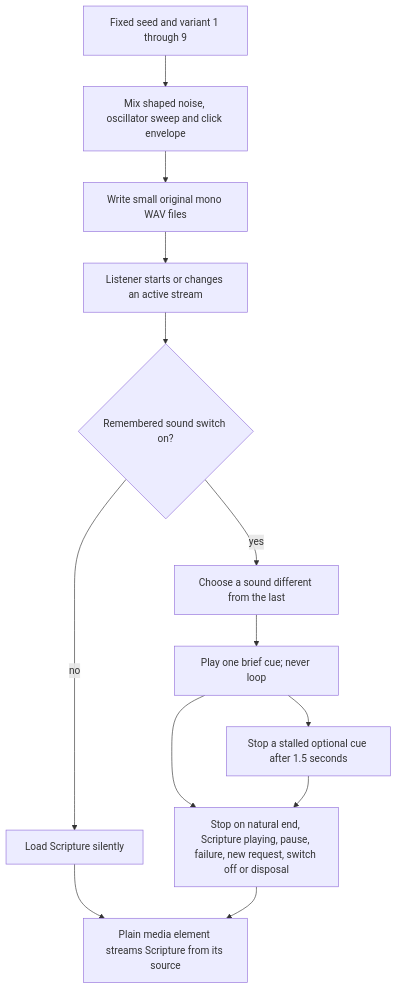
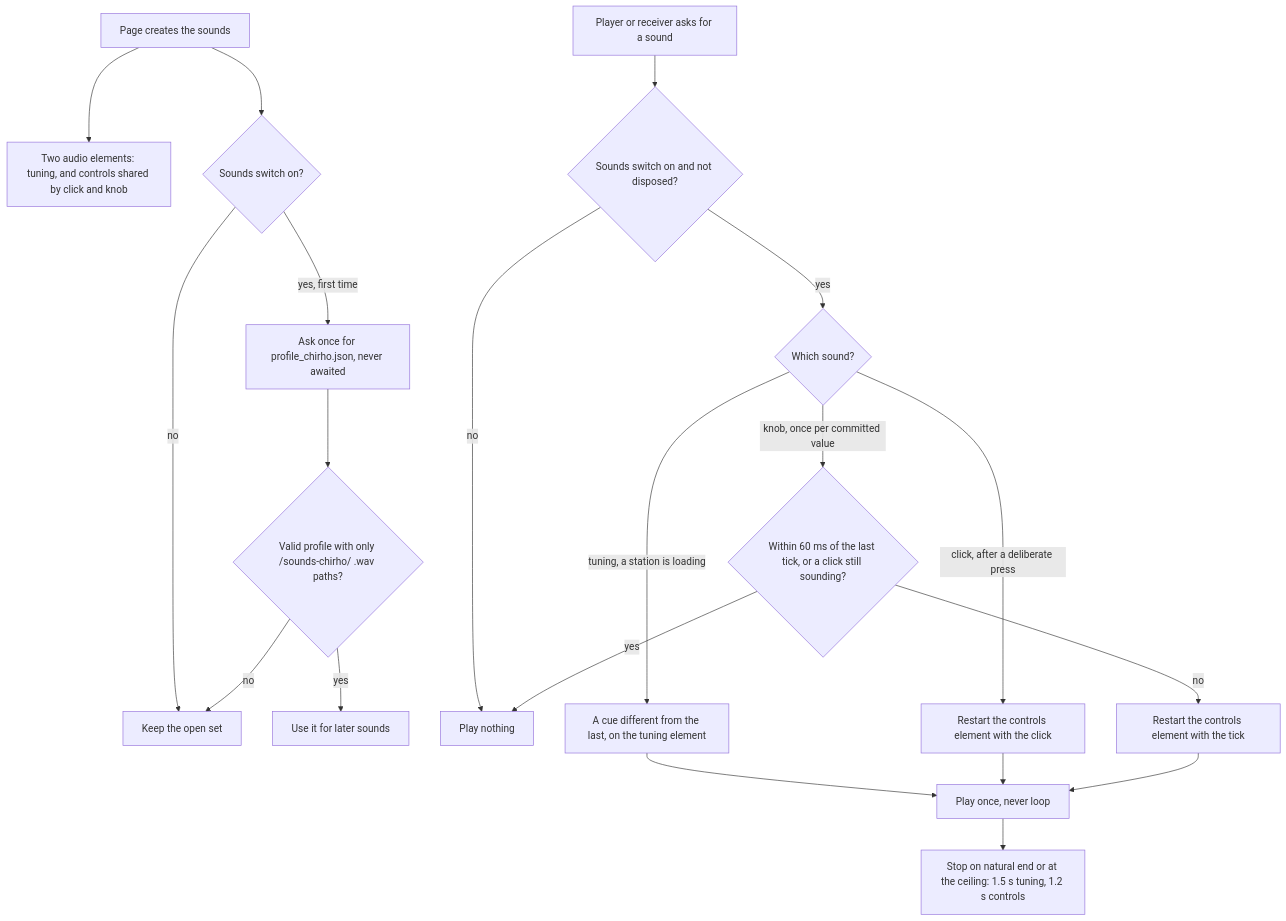
One commit to loveJesus/audiobiblerad.io-chirho changed the second of 2 diagrams in spec-chirho/workflows-chirho/radio_sounds_workflow_chirho.md. Above: the diagram before and after it, drawn with Mermaid. The commit also changed other lines of this file and 62 other files, not shown here.

First line of the commit message:
Add optional 3D radios and interface sound feedback chirho

````diff
--- a/spec-chirho/workflows-chirho/radio_sounds_workflow_chirho.md
+++ b/spec-chirho/workflows-chirho/radio_sounds_workflow_chirho.md
@@ -7,15 +45,22 @@
 ```mermaid
 flowchart TD
-    seed_chirho[Fixed seed and variant 1 through 9] --> synth_chirho[Mix shaped noise, oscillator sweep and click envelope]
-    synth_chirho --> wav_chirho[Write small original mono WAV files]
-    wav_chirho --> request_chirho[Listener starts or changes an active stream]
-    request_chirho --> enabled_chirho{Remembered sound switch on?}
-    enabled_chirho -- yes --> choose_chirho[Choose a sound different from the last]
-    enabled_chirho -- no --> silent_chirho[Load Scripture silently]
-    choose_chirho --> cue_chirho[Play one brief cue; never loop]
-    cue_chirho --> stop_chirho[Stop on natural end, Scripture playing, pause, failure, new request, switch off or disposal]
-    cue_chirho --> ceiling_chirho[Stop a stalled optional cue after 1.5 seconds]
-    ceiling_chirho --> stop_chirho
-    silent_chirho --> scripture_chirho[Plain media element streams Scripture from its source]
-    stop_chirho --> scripture_chirho
+    create_chirho[Page creates the sounds] --> elements_chirho[Two audio elements: tuning, and controls shared by click and knob]
+    create_chirho --> on_chirho{Sounds switch on?}
+    on_chirho -- yes, first time --> fetch_chirho[Ask once for profile_chirho.json, never awaited]
+    on_chirho -- no --> use_open_chirho
+    fetch_chirho --> valid_chirho{Valid profile with only /sounds-chirho/ .wav paths?}
+    valid_chirho -- yes --> use_profile_chirho[Use it for later sounds]
+    valid_chirho -- no --> use_open_chirho[Keep the open set]
+    request_chirho[Player or receiver asks for a sound] --> enabled_chirho{Sounds switch on and not disposed?}
+    enabled_chirho -- no --> silent_chirho[Play nothing]
+    enabled_chirho -- yes --> kind_chirho{Which sound?}
+    kind_chirho -- tuning, a station is loading --> tuning_chirho[A cue different from the last, on the tuning element]
+    kind_chirho -- click, after a deliberate press --> click_chirho[Restart the controls element with the click]
+    kind_chirho -- knob, once per committed value --> spacing_chirho{Within 60 ms of the last tick, or a click still sounding?}
+    spacing_chirho -- yes --> silent_chirho
+    spacing_chirho -- no --> knob_chirho[Restart the controls element with the tick]
+    tuning_chirho --> finite_chirho[Play once, never loop]
+    click_chirho --> finite_chirho
+    knob_chirho --> finite_chirho
+    finite_chirho --> end_chirho[Stop on natural end or at the ceiling: 1.5 s tuning, 1.2 s controls]
 ```
````
